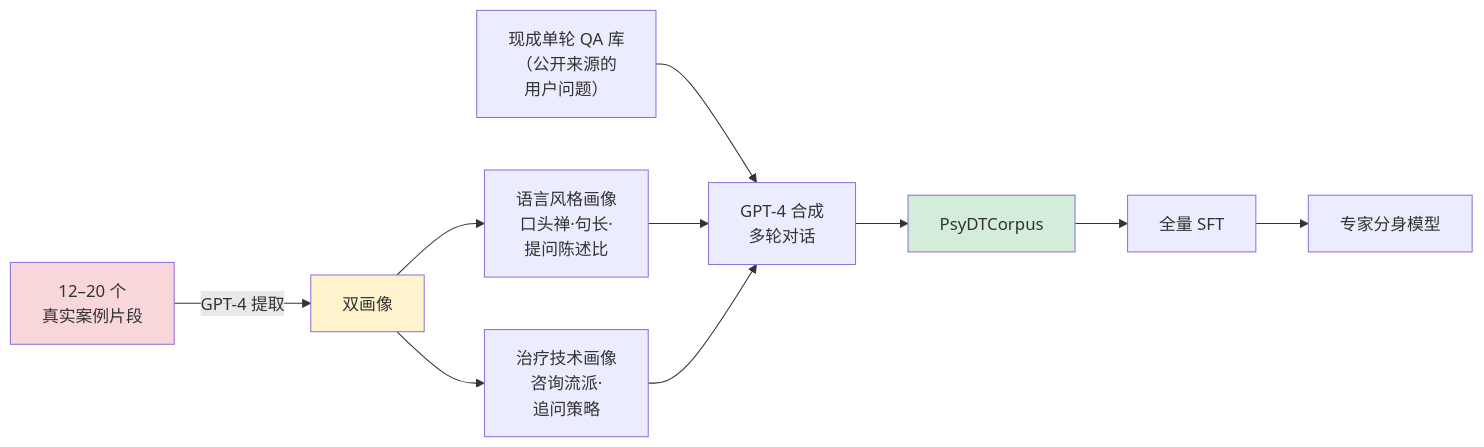
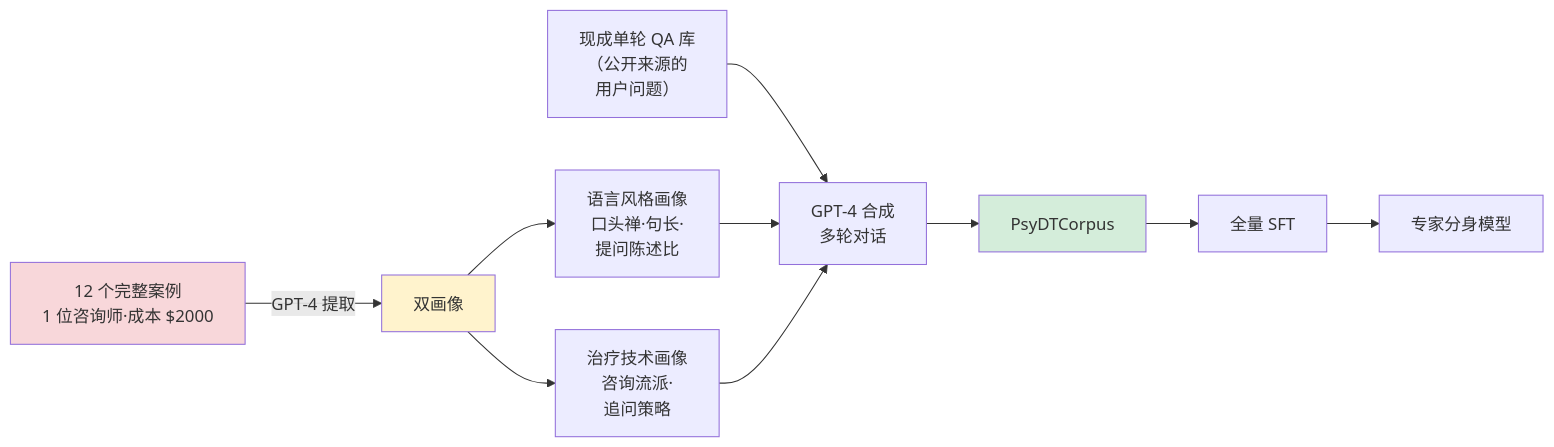
One commit to LiPingjiang/Full-Stack-Knowledge-Book changed the seventh of 37 diagrams in part7-ai-engineering/12-案例-点富科技大模型数据评测岗.md. Above: the diagram before and after it, drawn with Mermaid. The commit also changed other lines of this file and 2 other files, not shown here.

````diff
--- a/part7-ai-engineering/12-案例-点富科技大模型数据评测岗.md
+++ b/part7-ai-engineering/12-案例-点富科技大模型数据评测岗.md
@@ -781,16 +783,16 @@
 ```mermaid
 flowchart LR
-    A["12–20 个<br/>真实案例片段"] -->|GPT-4 提取| B["双画像"]
+    A["12 个完整案例<br/>1 位咨询师·成本 $2000"] -->|GPT-4 提取| B["双画像"]
     B --> B1["语言风格画像<br/>口头禅·句长·<br/>提问陈述比"]
     B --> B2["治疗技术画像<br/>咨询流派·<br/>追问策略"]
     C["现成单轮 QA 库<br/>（公开来源的<br/>用户问题）"] --> D
     B1 --> D["GPT-4 合成<br/>多轮对话"]
     B2 --> D
     D --> E["PsyDTCorpus"]
     E --> F["全量 SFT"]
     F --> G["专家分身模型"]
 
     style A fill:#f8d7da
     style B fill:#fff3cd
     style E fill:#d4edda
 ```
````
